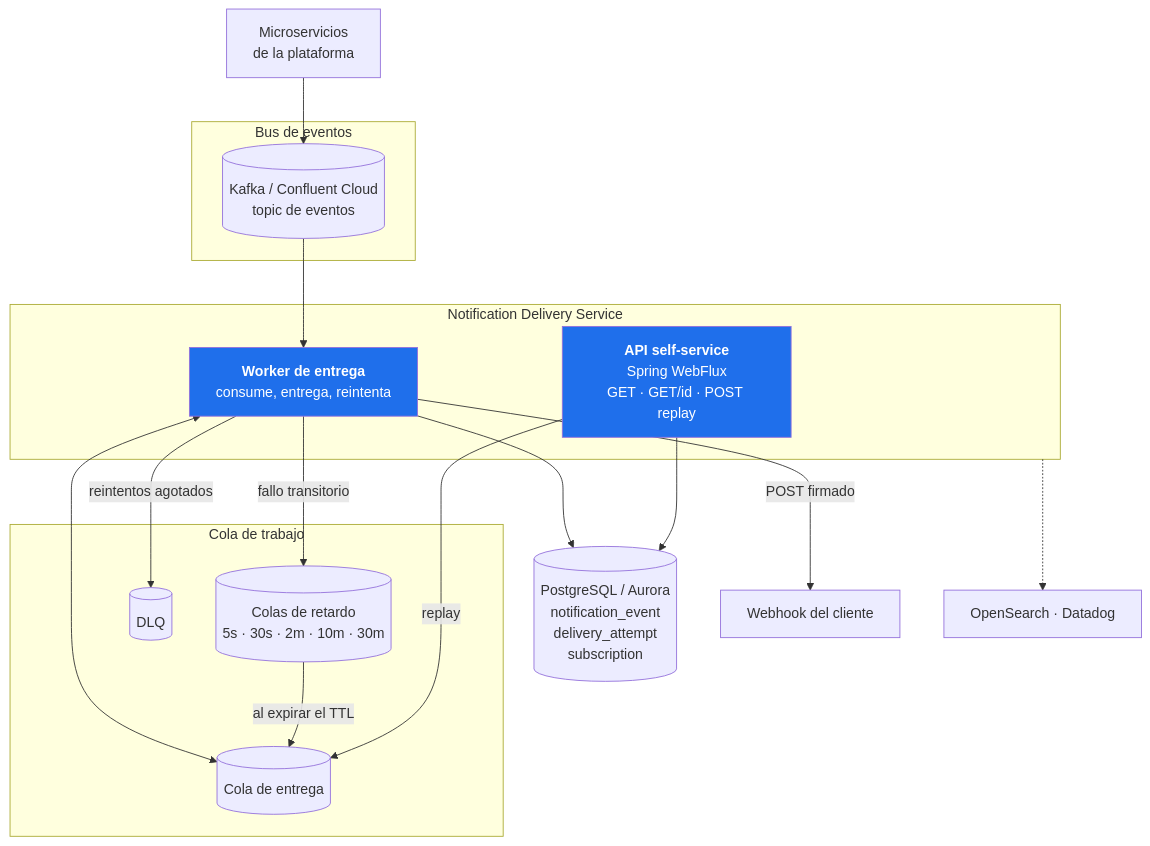
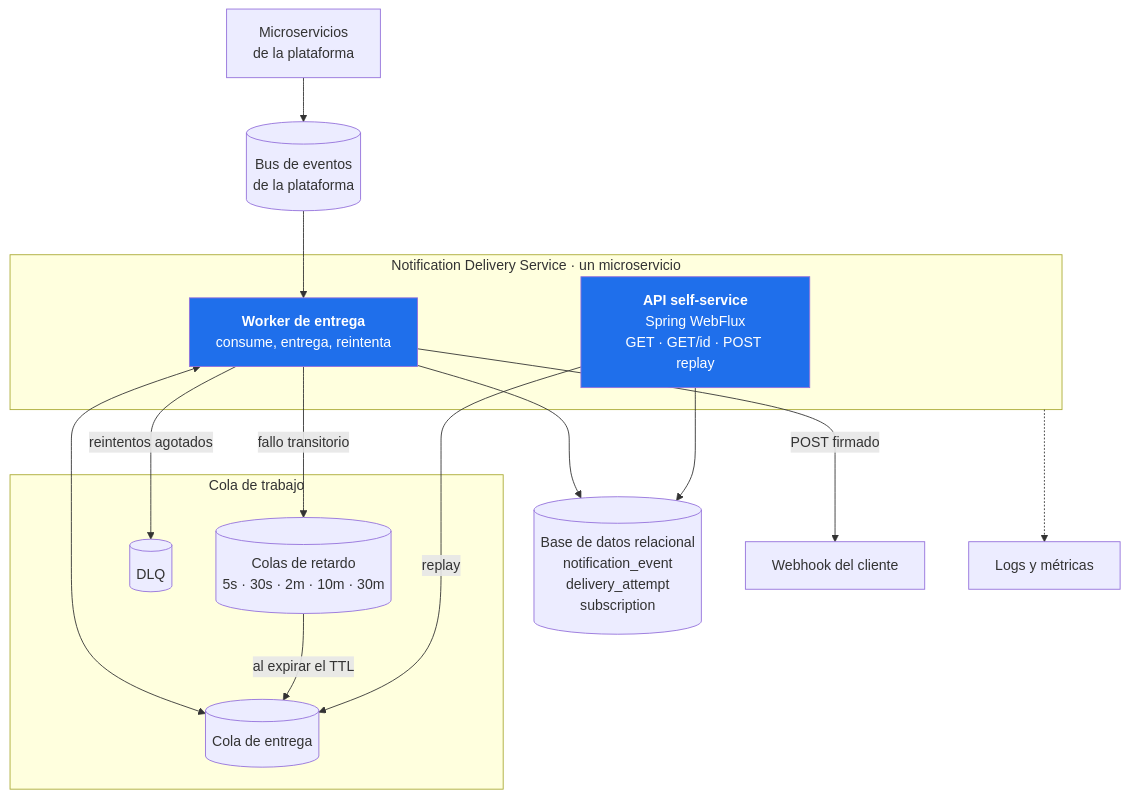
One commit to ssalaza7/cobre-notification-delivery changed the second of 7 diagrams in docs/01-diseno-del-sistema.md. Above: the diagram before and after it, drawn with Mermaid. The commit also changed other lines of this file, not shown here.

````diff
--- a/docs/01-diseno-del-sistema.md
+++ b/docs/01-diseno-del-sistema.md
@@ -57,37 +64,35 @@
 ```mermaid
 flowchart TB
     platform["Microservicios<br/>de la plataforma"]
 
-    subgraph bus["Bus de eventos"]
-        kafka[("Kafka / Confluent Cloud<br/>topic de eventos")]
-    end
+    bus[("Bus de eventos<br/>de la plataforma")]
 
-    subgraph service["Notification Delivery Service"]
+    subgraph service["Notification Delivery Service · un microservicio"]
         api["<b>API self-service</b><br/>Spring WebFlux<br/>GET · GET/id · POST replay"]
         worker["<b>Worker de entrega</b><br/>consume, entrega, reintenta"]
     end
 
     subgraph queues["Cola de trabajo"]
         dq[("Cola de entrega")]
         rq[("Colas de retardo<br/>5s · 30s · 2m · 10m · 30m")]
         dlq[("DLQ")]
     end
 
-    db[("PostgreSQL / Aurora<br/>notification_event<br/>delivery_attempt<br/>subscription")]
+    db[("Base de datos relacional<br/>notification_event<br/>delivery_attempt<br/>subscription")]
     hook["Webhook del cliente"]
-    obs["OpenSearch · Datadog"]
+    obs["Logs y métricas"]
 
-    platform --> kafka --> worker
+    platform --> bus --> worker
     worker <--> dq
     worker -- "fallo transitorio" --> rq
     rq -- "al expirar el TTL" --> dq
     worker -- "reintentos agotados" --> dlq
     worker -- "POST firmado" --> hook
     worker --> db
     api --> db
     api -- "replay" --> dq
     service -.-> obs
 
     style api fill:#1f6feb,color:#fff
     style worker fill:#1f6feb,color:#fff
 ```
````
